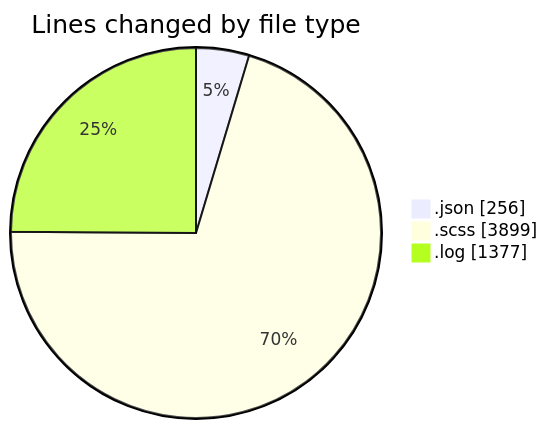
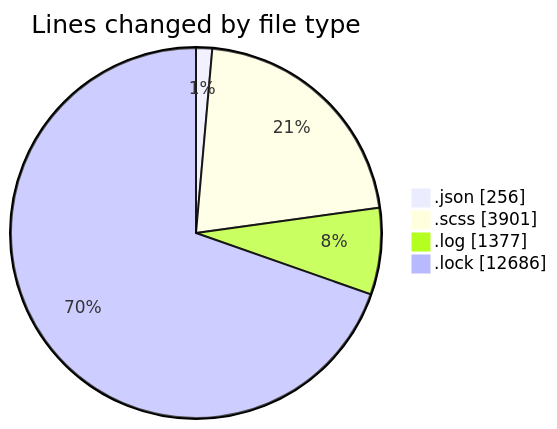
One commit to momahboobian/code-tracking changed the first of 2 diagrams in 2026-01-22/cda/README.md. Above: the diagram before and after it, drawn with Mermaid. The commit also changed other lines of this file and 1 other file, not shown here.

````diff
--- a/2026-01-22/cda/README.md
+++ b/2026-01-22/cda/README.md
@@ -52,7 +53,8 @@
 ```mermaid
 pie showData
 title Lines changed by file type
 ".json" : 256
-".scss" : 3899
+".scss" : 3901
 ".log" : 1377
+".lock" : 12686
 ```
````
